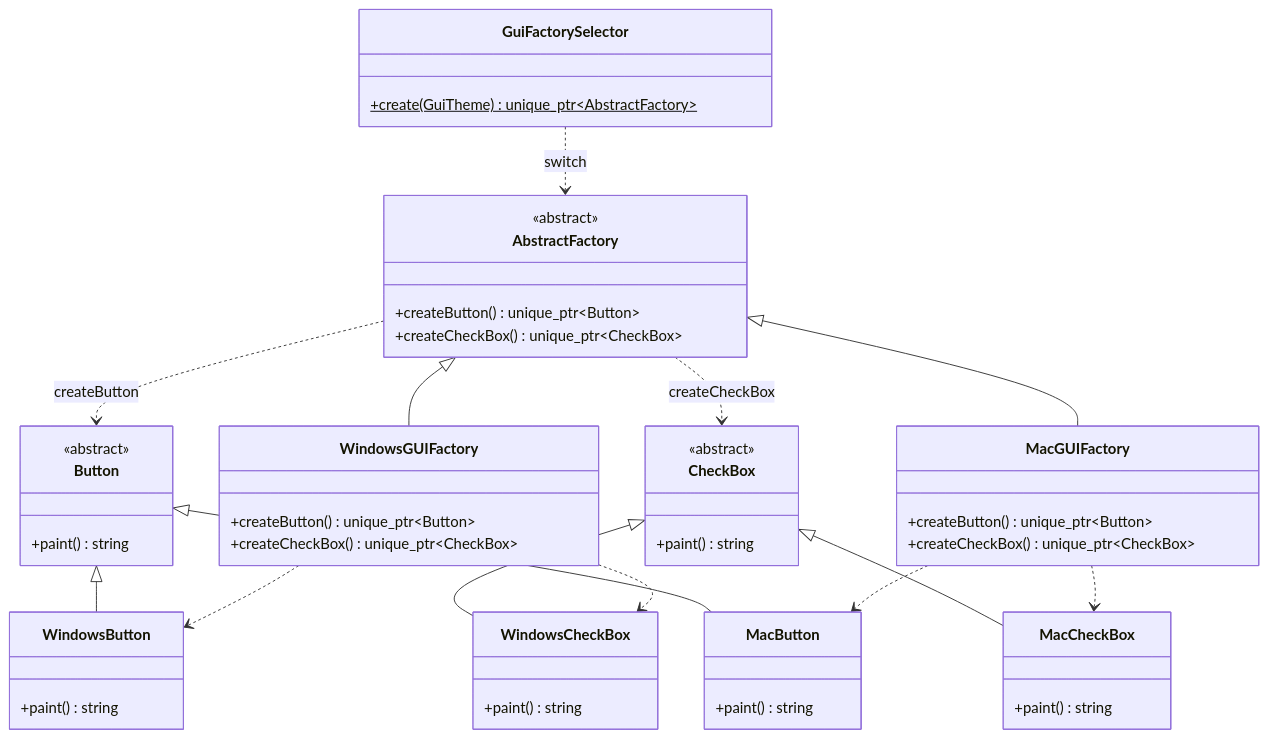
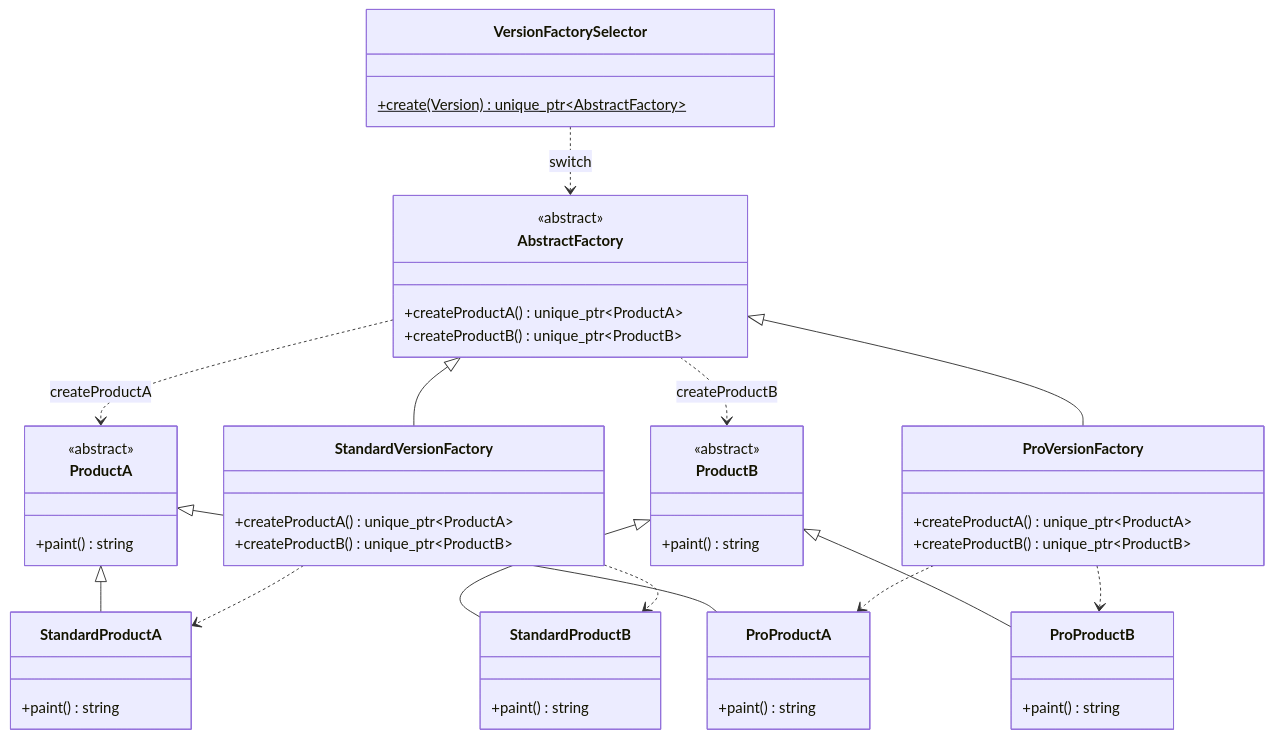
The second of 9 diagrams in docs/creational/abstract_factory.md (zackdlut/design_pattern), drawn with Mermaid before and after one commit. The commit also changed other lines of this file and 12 other files, not shown here.

````diff
--- a/docs/creational/abstract_factory.md
+++ b/docs/creational/abstract_factory.md
@@ -45,52 +45,52 @@
 ```mermaid
 classDiagram
-  class Button {
+  class ProductA {
     <<abstract>>
     +paint() string
   }
-  class WindowsButton {
+  class StandardProductA {
     +paint() string
   }
-  class MacButton {
+  class ProProductA {
     +paint() string
   }
-  class CheckBox {
+  class ProductB {
     <<abstract>>
     +paint() string
   }
-  class WindowsCheckBox {
+  class StandardProductB {
     +paint() string
   }
-  class MacCheckBox {
+  class ProProductB {
     +paint() string
   }
   class AbstractFactory {
     <<abstract>>
-    +createButton() unique_ptr~Button~
-    +createCheckBox() unique_ptr~CheckBox~
+    +createProductA() unique_ptr~ProductA~
+    +createProductB() unique_ptr~ProductB~
   }
-  class WindowsGUIFactory {
-    +createButton() unique_ptr~Button~
-    +createCheckBox() unique_ptr~CheckBox~
+  class StandardVersionFactory {
+    +createProductA() unique_ptr~ProductA~
+    +createProductB() unique_ptr~ProductB~
   }
-  class MacGUIFactory {
-    +createButton() unique_ptr~Button~
-    +createCheckBox() unique_ptr~CheckBox~
+  class ProVersionFactory {
+    +createProductA() unique_ptr~ProductA~
+    +createProductB() unique_ptr~ProductB~
   }
-  class GuiFactorySelector {
-    +create(GuiTheme) unique_ptr~AbstractFactory~$
+  class VersionFactorySelector {
+    +create(Version) unique_ptr~AbstractFactory~$
   }
-  Button <|-- WindowsButton
-  Button <|-- MacButton
-  CheckBox <|-- WindowsCheckBox
-  CheckBox <|-- MacCheckBox
-  AbstractFactory <|-- WindowsGUIFactory
-  AbstractFactory <|-- MacGUIFactory
-  AbstractFactory ..> Button : createButton
-  AbstractFactory ..> CheckBox : createCheckBox
-  WindowsGUIFactory ..> WindowsButton
-  WindowsGUIFactory ..> WindowsCheckBox
-  MacGUIFactory ..> MacButton
-  MacGUIFactory ..> MacCheckBox
-  GuiFactorySelector ..> AbstractFactory : switch
+  ProductA <|-- StandardProductA
+  ProductA <|-- ProProductA
+  ProductB <|-- StandardProductB
+  ProductB <|-- ProProductB
+  AbstractFactory <|-- StandardVersionFactory
+  AbstractFactory <|-- ProVersionFactory
+  AbstractFactory ..> ProductA : createProductA
+  AbstractFactory ..> ProductB : createProductB
+  StandardVersionFactory ..> StandardProductA
+  StandardVersionFactory ..> StandardProductB
+  ProVersionFactory ..> ProProductA
+  ProVersionFactory ..> ProProductB
+  VersionFactorySelector ..> AbstractFactory : switch
 ```
````
